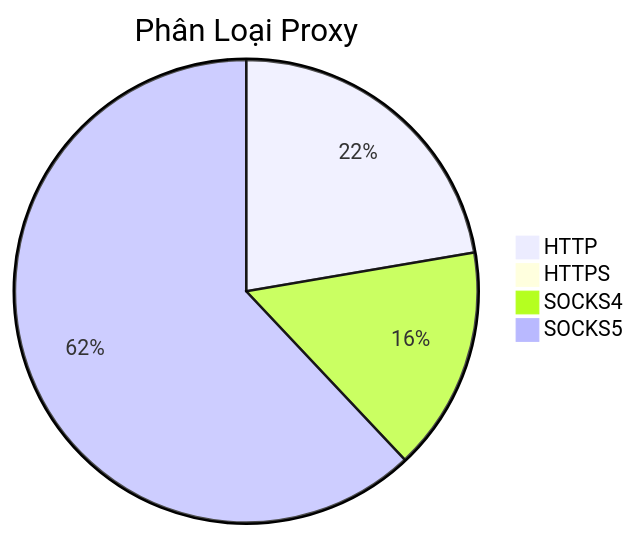
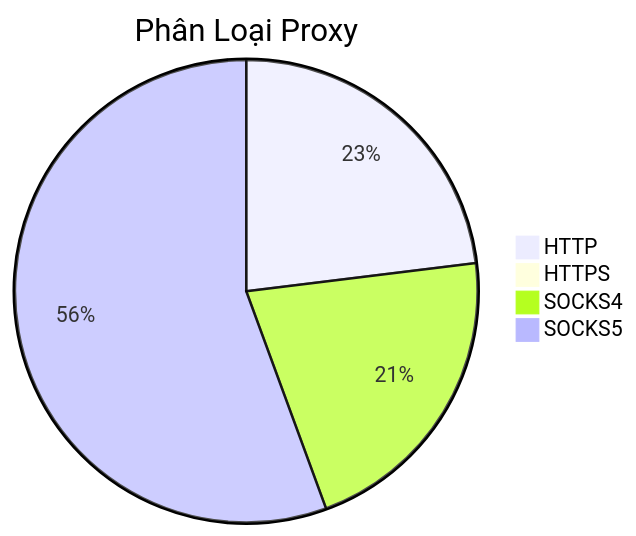
One commit to Ciara-Aa/PROXY-free changed the diagram in README.md. Above: the diagram before and after it, drawn with Mermaid. The commit also changed other lines of this file and 4 other files, not shown here.

````diff
--- a/README.md
+++ b/README.md
@@ -26,7 +26,7 @@
 ```mermaid
 pie title Phân Loại Proxy
-    "HTTP" : 376
-    "HTTPS" : 1
-    "SOCKS4" : 264
-    "SOCKS5" : 1045
+    "HTTP" : 323
+    "HTTPS" : 0
+    "SOCKS4" : 299
+    "SOCKS5" : 779
 ```
````
